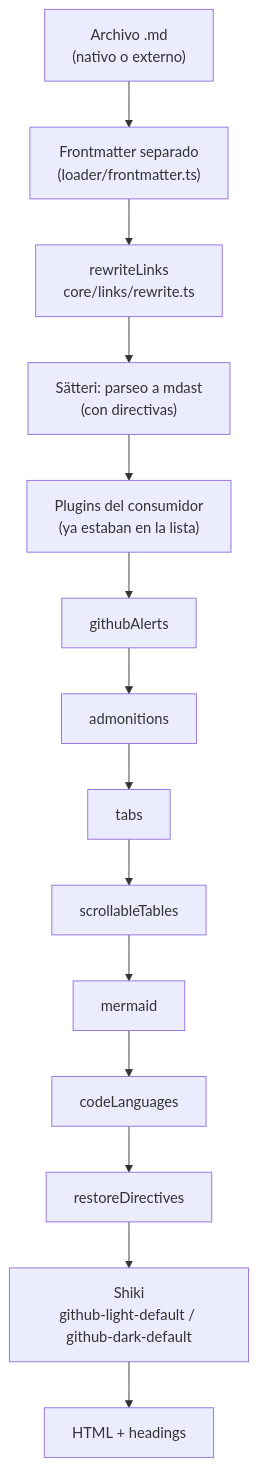
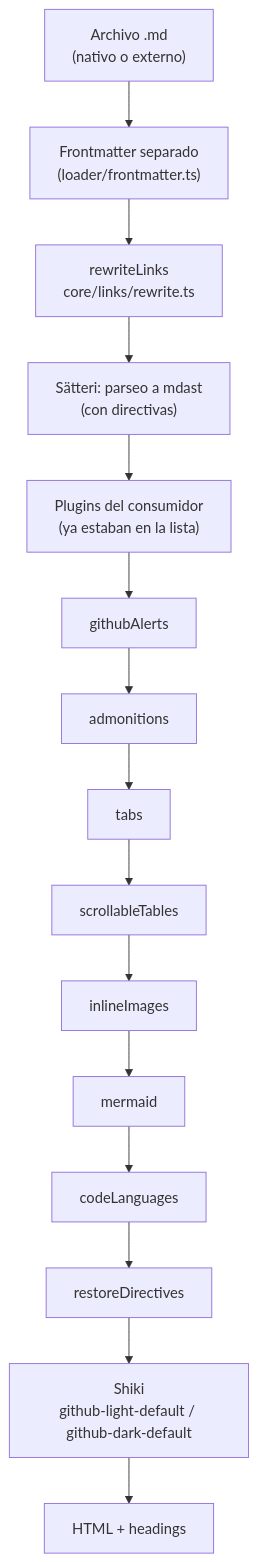
One commit to velezanthony/design changed the diagram in docs/src/content/docs/guia/markdown.md. Above: the diagram before and after it, drawn with Mermaid. The commit also changed other lines of this file and 7 other files, not shown here.

````diff
--- a/docs/src/content/docs/guia/markdown.md
+++ b/docs/src/content/docs/guia/markdown.md
@@ -27,16 +27,17 @@
 ```mermaid
 flowchart TD
   src["Archivo .md<br/>(nativo o externo)"] --> fm["Frontmatter separado<br/>(loader/frontmatter.ts)"]
   fm --> rw["rewriteLinks<br/>core/links/rewrite.ts"]
   rw --> sat["Sätteri: parseo a mdast<br/>(con directivas)"]
   sat --> cp["Plugins del consumidor<br/>(ya estaban en la lista)"]
   cp --> ga["githubAlerts"]
   ga --> ad["admonitions"]
   ad --> tb["tabs"]
   tb --> st["scrollableTables"]
-  st --> mm["mermaid"]
+  st --> ii["inlineImages"]
+  ii --> mm["mermaid"]
   mm --> cl["codeLanguages"]
   cl --> rd["restoreDirectives"]
   rd --> sh["Shiki<br/>github-light-default / github-dark-default"]
   sh --> html["HTML + headings"]
 ```
````
